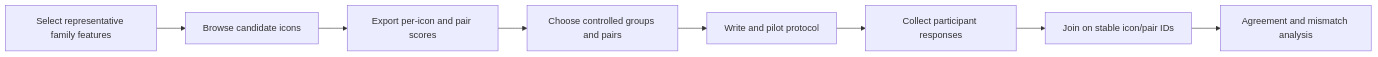
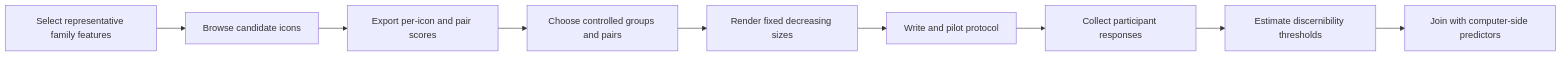
Before and after one commit to ibtisamarif831/thesis: the diagram in wiki/evaluation-and-human-study.md, drawn with Mermaid. The commit also changed other lines of this file and 128 other files, not shown here.

````diff
--- a/wiki/evaluation-and-human-study.md
+++ b/wiki/evaluation-and-human-study.md
@@ -65,10 +75,11 @@
 ```mermaid
 flowchart LR
     A["Select representative family features"] --> B["Browse candidate icons"]
     B --> C["Export per-icon and pair scores"]
     C --> D["Choose controlled groups and pairs"]
-    D --> E["Write and pilot protocol"]
-    E --> F["Collect participant responses"]
-    F --> G["Join on stable icon/pair IDs"]
-    G --> H["Agreement and mismatch analysis"]
+    D --> E["Render fixed decreasing sizes"]
+    E --> F["Write and pilot protocol"]
+    F --> G["Collect participant responses"]
+    G --> H["Estimate discernibility thresholds"]
+    H --> I["Join with computer-side predictors"]
 ```
````
